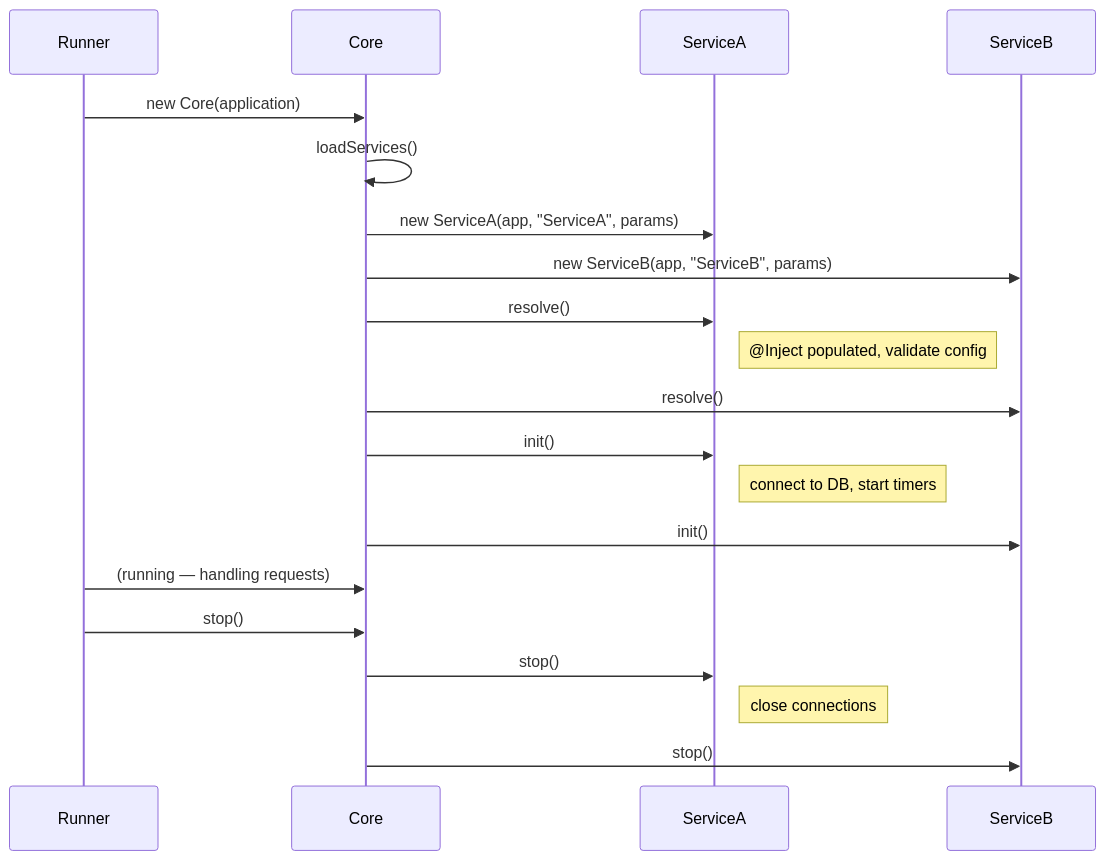
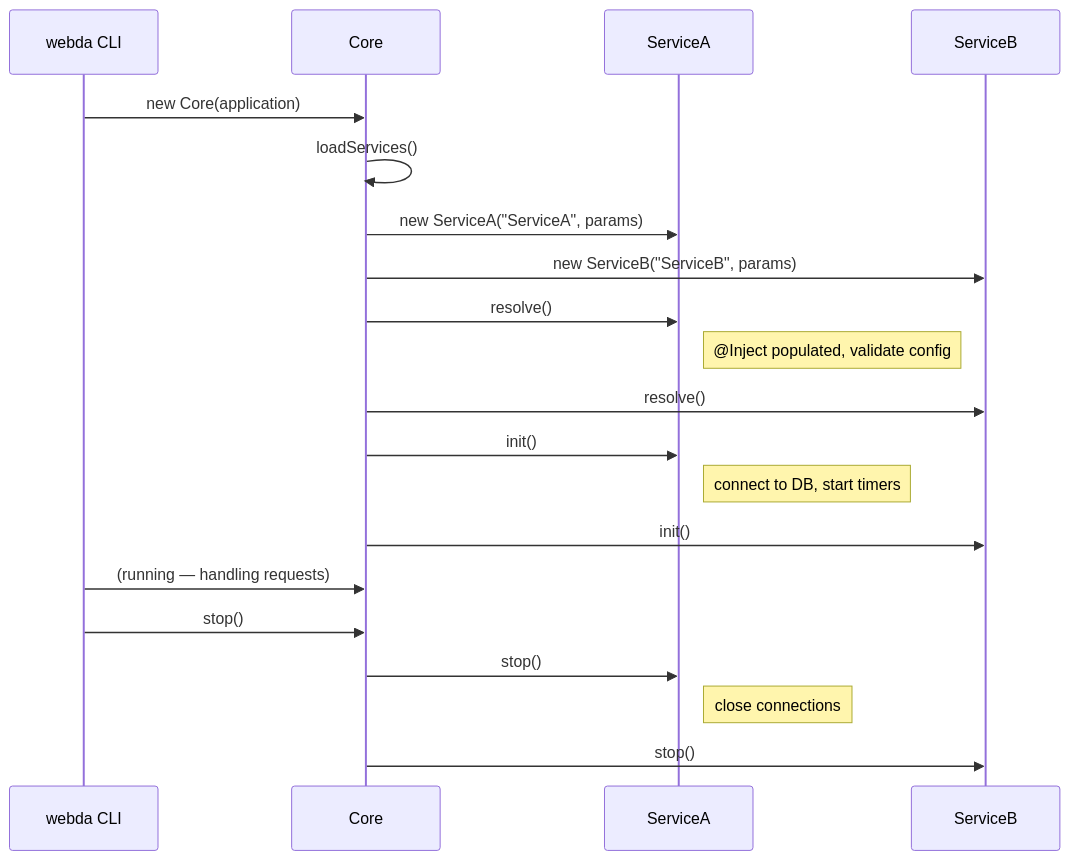
One commit to loopingz/webda.io changed the second of 2 diagrams in docs/pages/Modules/core/Lifecycle.md. Above: the diagram before and after it, drawn with Mermaid. The commit also changed other lines of this file and 104 other files, not shown here.

````diff
--- a/docs/pages/Modules/core/Lifecycle.md
+++ b/docs/pages/Modules/core/Lifecycle.md
@@ -168,23 +163,23 @@
 ```mermaid
 sequenceDiagram
-    participant Runner
+    participant Launcher as webda CLI
     participant Core
     participant ServiceA
     participant ServiceB
 
-    Runner->>Core: new Core(application)
+    Launcher->>Core: new Core(application)
     Core->>Core: loadServices()
-    Core->>ServiceA: new ServiceA(app, "ServiceA", params)
-    Core->>ServiceB: new ServiceB(app, "ServiceB", params)
+    Core->>ServiceA: new ServiceA("ServiceA", params)
+    Core->>ServiceB: new ServiceB("ServiceB", params)
     Core->>ServiceA: resolve()
     note right of ServiceA: @Inject populated, validate config
     Core->>ServiceB: resolve()
     Core->>ServiceA: init()
     note right of ServiceA: connect to DB, start timers
     Core->>ServiceB: init()
-    Runner->>Core: (running — handling requests)
-    Runner->>Core: stop()
+    Launcher->>Core: (running — handling requests)
+    Launcher->>Core: stop()
     Core->>ServiceA: stop()
     note right of ServiceA: close connections
     Core->>ServiceB: stop()
 ```
````
